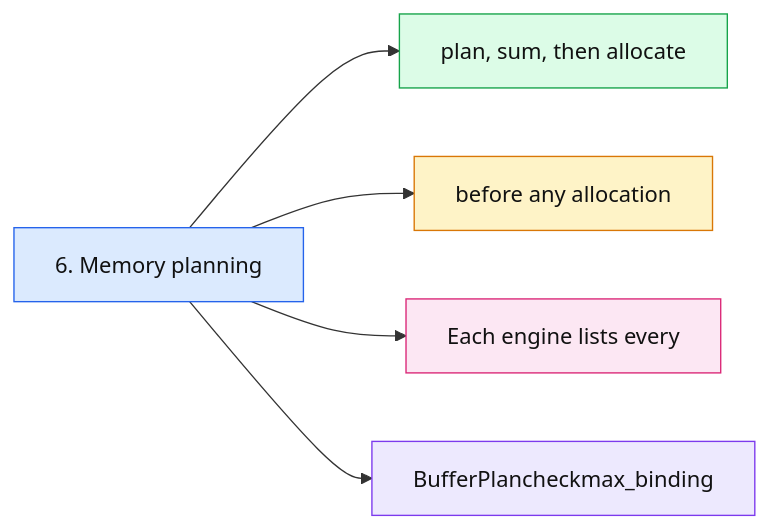
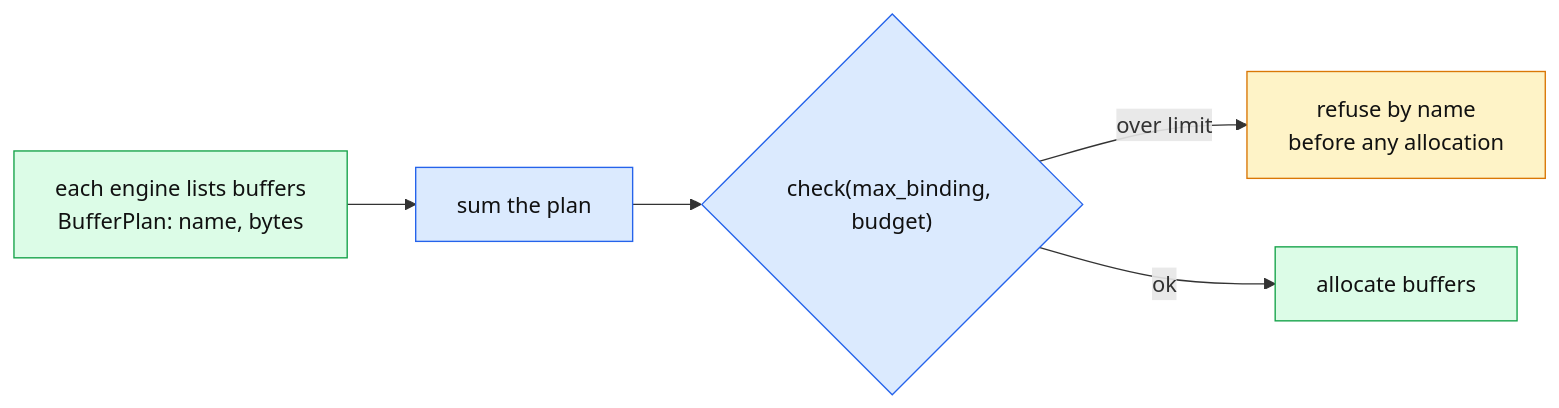
Before and after one commit to thomascherickal/ferrum-gpu: the ninth of 17 diagrams in docs/architecture.md, drawn with Mermaid. The commit also changed other lines of this file and 4 other files, not shown here.

First line of the commit message:
docs: hand-drawn data-flow diagrams for the readme, architecture and GUI pages

````diff
--- a/docs/architecture.md
+++ b/docs/architecture.md
@@ -200,13 +260,12 @@
 ```mermaid
 flowchart LR
-    a["6. Memory planning"]:::root
-    a --> n0["plan, sum, then allocate"]:::c0
-    a --> n1["before any allocation"]:::c1
-    a --> n2["Each engine lists every"]:::c2
-    a --> n3["BufferPlancheckmax_binding"]:::c3
-    classDef root fill:#dbeafe,stroke:#2563eb,color:#111
-    classDef c0 fill:#dcfce7,stroke:#16a34a,color:#111
-    classDef c1 fill:#fef3c7,stroke:#d97706,color:#111
-    classDef c2 fill:#fce7f3,stroke:#db2777,color:#111
-    classDef c3 fill:#ede9fe,stroke:#7c3aed,color:#111
+    eng["each engine lists buffers<br/>BufferPlan: name, bytes"]:::gpu --> sum["sum the plan"]:::core
+    sum --> chk{"check(max_binding, budget)"}:::core
+    chk -- "over limit" --> refuse["refuse by name<br/>before any allocation"]:::cpu
+    chk -- ok --> alloc["allocate buffers"]:::gpu
+    classDef core fill:#dbeafe,stroke:#2563eb,color:#111
+    classDef gpu fill:#dcfce7,stroke:#16a34a,color:#111
+    classDef cpu fill:#fef3c7,stroke:#d97706,color:#111
+    classDef io fill:#fce7f3,stroke:#db2777,color:#111
+    classDef host fill:#ede9fe,stroke:#7c3aed,color:#111
 ```
````
